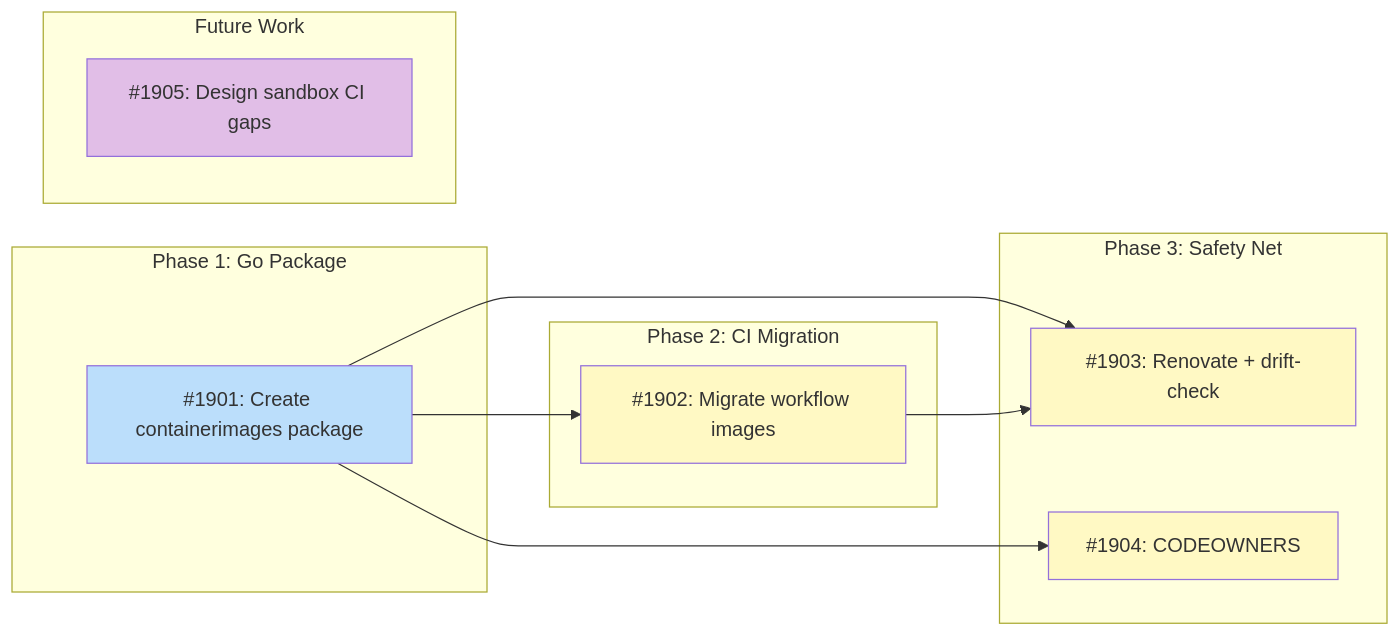
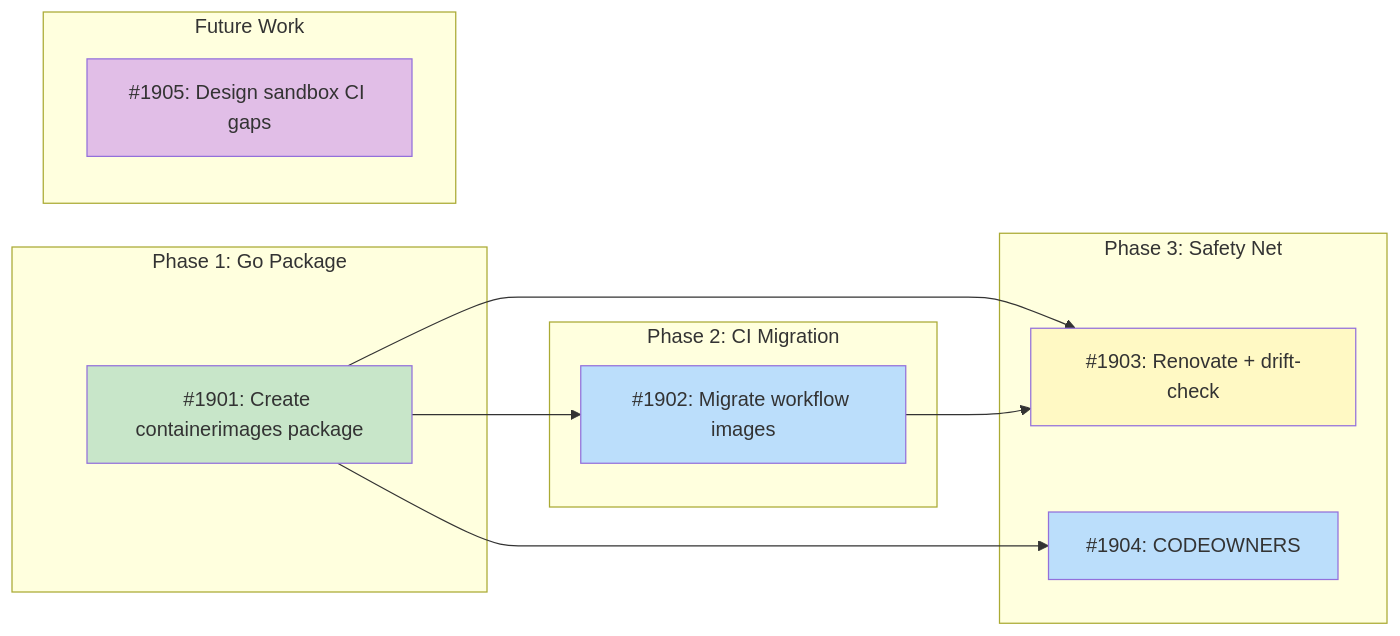
Before and after one commit to tsukumogami/tsuku: the diagram in docs/designs/DESIGN-sandbox-image-unification.md, drawn with Mermaid. The commit also changed other lines of this file and 1 other file, not shown here.

Commit message:
docs(sandbox): mark issue 1901 as done in design doc

````diff
--- a/docs/designs/DESIGN-sandbox-image-unification.md
+++ b/docs/designs/DESIGN-sandbox-image-unification.md
@@ -53,34 +53,35 @@
 ```mermaid
 graph LR
     subgraph Phase1["Phase 1: Go Package"]
         I1901["#1901: Create containerimages package"]
     end
 
     subgraph Phase2["Phase 2: CI Migration"]
         I1902["#1902: Migrate workflow images"]
     end
 
     subgraph Phase3["Phase 3: Safety Net"]
         I1903["#1903: Renovate + drift-check"]
         I1904["#1904: CODEOWNERS"]
     end
 
     subgraph Future["Future Work"]
         I1905["#1905: Design sandbox CI gaps"]
     end
 
     I1901 --> I1902
     I1901 --> I1903
     I1901 --> I1904
     I1902 --> I1903
 
     classDef done fill:#c8e6c9
     classDef ready fill:#bbdefb
     classDef blocked fill:#fff9c4
     classDef needsDesign fill:#e1bee7
     classDef tracksDesign fill:#FFE0B2,stroke:#F57C00,color:#000
 
-    class I1901 ready
-    class I1902,I1903,I1904 blocked
+    class I1901 done
+    class I1902,I1904 ready
+    class I1903 blocked
     class I1905 needsDesign
 ```
````
